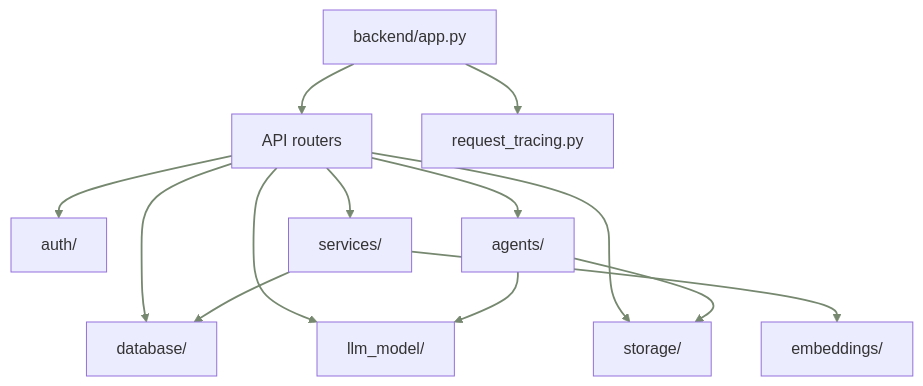
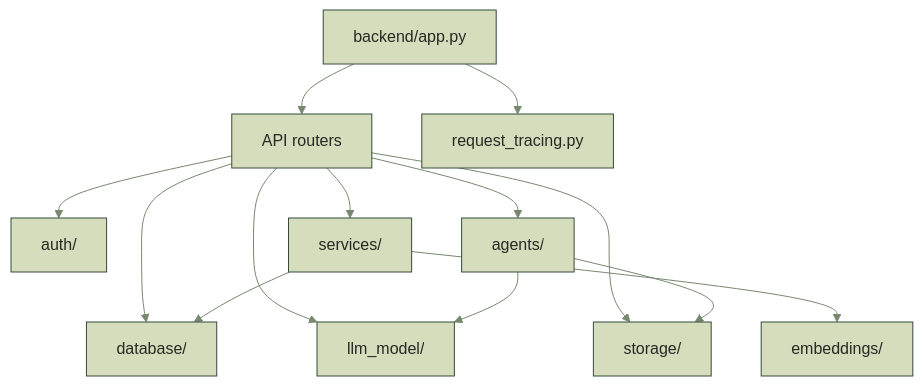
The fifth of 15 diagrams in README.md (SwekcchaCornicle/apnasathi-ai), drawn with Mermaid before and after one commit. The commit also changed other lines of this file and 2 other files, not shown here.

````diff
--- a/README.md
+++ b/README.md
@@ -539,37 +489,26 @@
 ```mermaid
+  %%{init: {"theme":"base","themeVariables":{"primaryColor":"#D5DDBD","primaryTextColor":"#252A23","primaryBorderColor":"#354A3B","lineColor":"#76886F","secondaryColor":"#EDF0E6","tertiaryColor":"#F2E4D2","background":"#FBFAF7","fontFamily":"Inter, Arial"}}}%%
 flowchart TB
-  classDef forest fill:#354a3b,stroke:#354a3b,color:#fbfaf7,stroke-width:2px;
-  classDef green fill:#405a46,stroke:#354a3b,color:#fbfaf7,stroke-width:1.8px;
-  classDef sage fill:#d5ddbd,stroke:#76886f,color:#252a23,stroke-width:1.5px;
-  classDef pale fill:#edf0e6,stroke:#647a63,color:#252a23,stroke-width:1.5px;
-  classDef sand fill:#f2e4d2,stroke:#d5a874,color:#252a23,stroke-width:1.5px;
-  classDef paper fill:#fbfaf7,stroke:#9a9a8f,color:#252a23,stroke-width:1.3px;
-  classDef external fill:#f2f1ed,stroke:#b5b4a9,color:#252a23,stroke-width:1.3px;
-  linkStyle default stroke:#76886f,stroke-width:1.8px;
-  class LLM sage;
-  class DB,EMB,STORAGE pale;
-  class AUTH sand;
-  class APP,ROUTERS,AGENTS,SERVICES,TRACE paper;
     APP[backend/app.py]
     ROUTERS[API routers]
     AUTH[auth/]
     DB[database/]
     LLM[llm_model/]
     EMB[embeddings/]
     AGENTS[agents/]
     SERVICES[services/]
     STORAGE[storage/]
     TRACE[request_tracing.py]
     APP --> ROUTERS
     APP --> TRACE
     ROUTERS --> AUTH
     ROUTERS --> DB
     ROUTERS --> LLM
     ROUTERS --> AGENTS
     ROUTERS --> SERVICES
     ROUTERS --> STORAGE
     SERVICES --> EMB
     SERVICES --> DB
     AGENTS --> LLM
     AGENTS --> STORAGE
 ```
````
